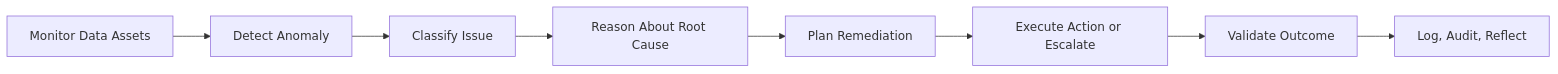
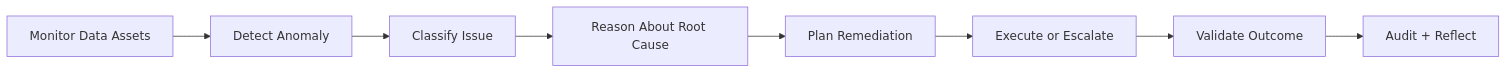
One commit to dhanumjayasaggurthi/dhanumjayasaggurthi changed the third of 5 diagrams in README.md. Above: the diagram before and after it, drawn with Mermaid. The commit also changed other lines of this file, not shown here.

````diff
--- a/README.md
+++ b/README.md
@@ -134,10 +169,10 @@
 ```mermaid
 flowchart LR
     A[Monitor Data Assets] --> B[Detect Anomaly]
     B --> C[Classify Issue]
     C --> D[Reason About Root Cause]
     D --> E[Plan Remediation]
-    E --> F[Execute Action or Escalate]
+    E --> F[Execute or Escalate]
     F --> G[Validate Outcome]
-    G --> H[Log, Audit, Reflect]
+    G --> H[Audit + Reflect]
 ```
````
